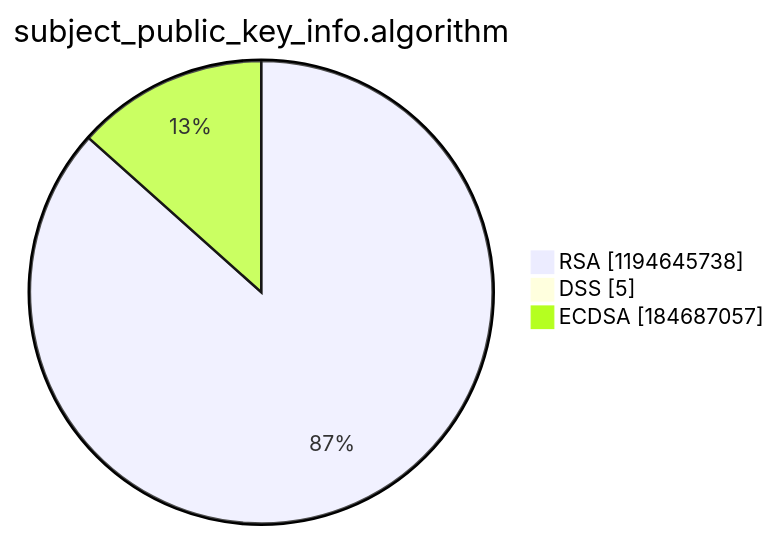
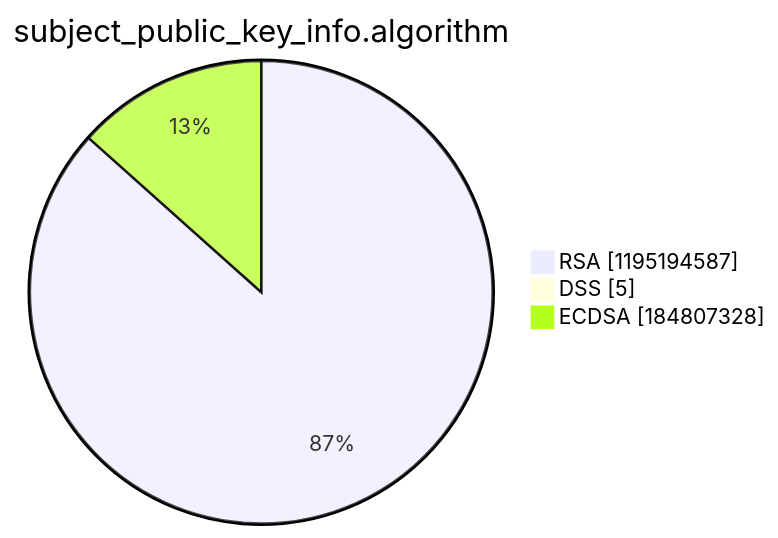
Before and after one commit to christiankrug/ctmonitor_visualization: the third of 15 diagrams in argon2022/README.md, drawn with Mermaid. The commit also changed other lines of this file, not shown here.

````diff
--- a/argon2022/README.md
+++ b/argon2022/README.md
@@ -14,7 +14,7 @@
 ```mermaid
 pie showData
 title subject_public_key_info.algorithm
-"RSA" :1194645738
+"RSA" :1195194587
 "DSS" :5
-"ECDSA" :184687057
+"ECDSA" :184807328
 ```
````
